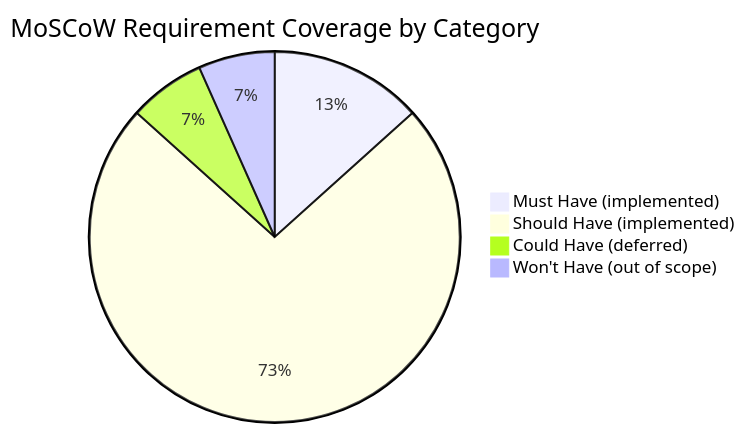
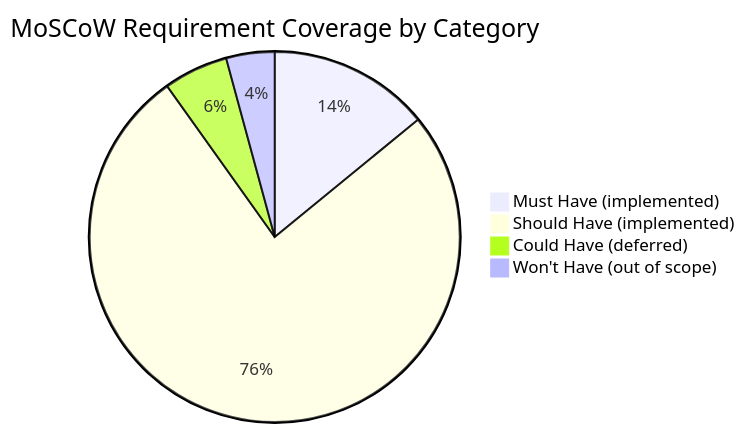
One commit to DevelApp-ai/deterministic-technical-design-specification changed the fourth of 4 diagrams in example/docs/traceability/index.md. Above: the diagram before and after it, drawn with Mermaid. The commit also changed other lines of this file, not shown here.

````diff
--- a/example/docs/traceability/index.md
+++ b/example/docs/traceability/index.md
@@ -303,7 +427,7 @@
 ```mermaid
 pie title MoSCoW Requirement Coverage by Category
-    "Must Have (implemented)" : 6
-    "Should Have (implemented)" : 33
-    "Could Have (deferred)" : 3
+    "Must Have (implemented)" : 10
+    "Should Have (implemented)" : 54
+    "Could Have (deferred)" : 4
     "Won't Have (out of scope)" : 3
 ```
````
